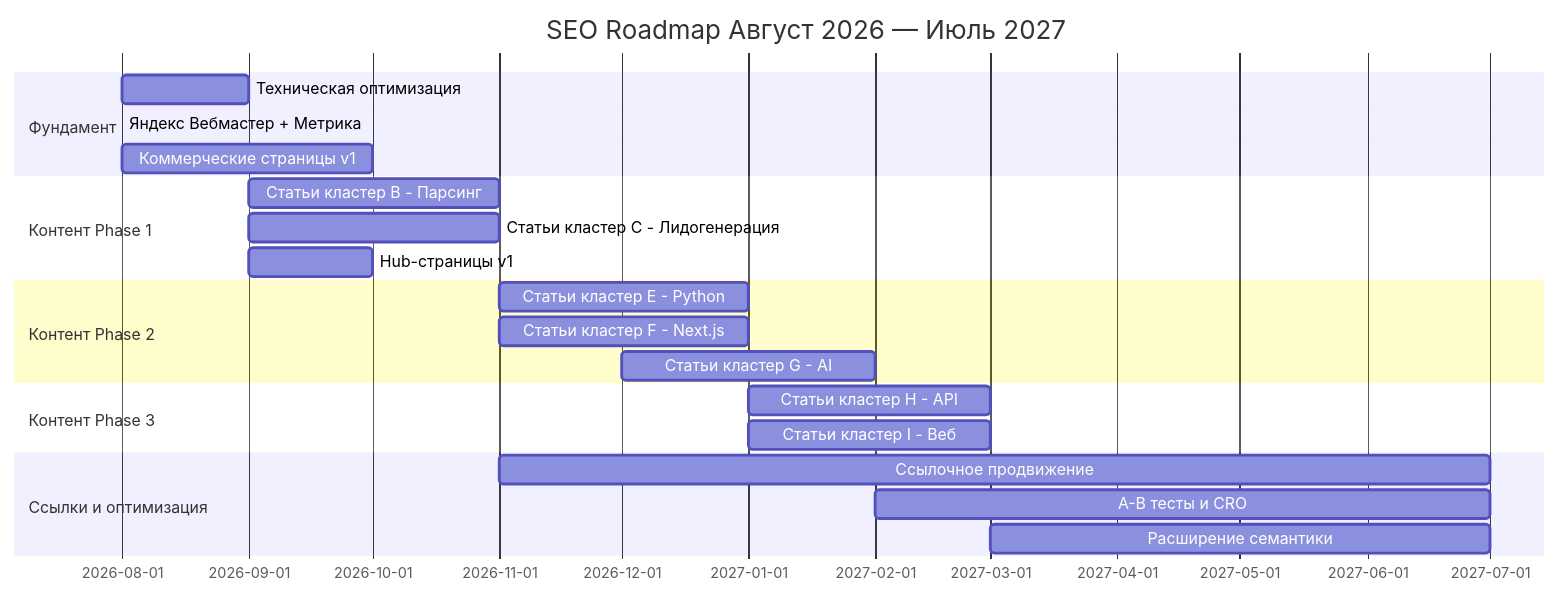
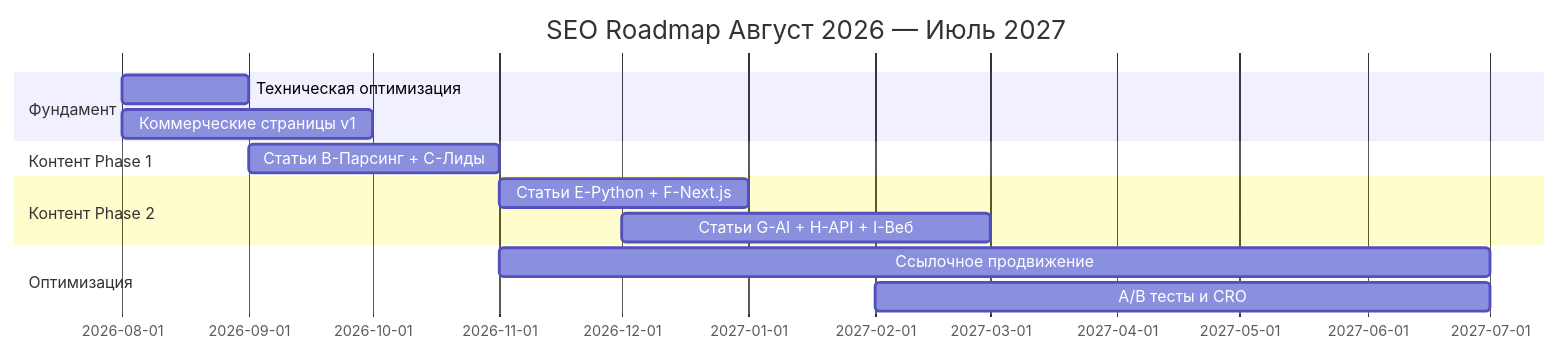
The diagram in PLAN_SEO/04-ROADMAP.md (mao13132/portfolio_next), drawn with Mermaid before and after one commit. The commit also changed other lines of this file and 156 other files, not shown here.

````diff
--- a/PLAN_SEO/04-ROADMAP.md
+++ b/PLAN_SEO/04-ROADMAP.md
@@ -10,24 +9,16 @@
 ```mermaid
 gantt
     title SEO Roadmap Август 2026 — Июль 2027
     dateFormat YYYY-MM
     section Фундамент
     Техническая оптимизация           :2026-08, 2026-09
-    Яндекс Вебмастер + Метрика        :2026-08, 2026-08
     Коммерческие страницы v1          :2026-08, 2026-10
     section Контент Phase 1
-    Статьи кластер B - Парсинг        :2026-09, 2026-11
-    Статьи кластер C - Лидогенерация   :2026-09, 2026-11
-    Hub-страницы v1                   :2026-09, 2026-10
+    Статьи B-Парсинг + C-Лиды         :2026-09, 2026-11
     section Контент Phase 2
-    Статьи кластер E - Python          :2026-11, 2027-01
-    Статьи кластер F - Next.js         :2026-11, 2027-01
-    Статьи кластер G - AI              :2026-12, 2027-02
-    section Контент Phase 3
-    Статьи кластер H - API             :2027-01, 2027-03
-    Статьи кластер I - Веб             :2027-01, 2027-03
-    section Ссылки и оптимизация
+    Статьи E-Python + F-Next.js        :2026-11, 2027-01
+    Статьи G-AI + H-API + I-Веб        :2026-12, 2027-03
+    section Оптимизация
     Ссылочное продвижение              :2026-11, 2027-07
-    A-B тесты и CRO                    :2027-02, 2027-07
-    Расширение семантики               :2027-03, 2027-07
+    A/B тесты и CRO                    :2027-02, 2027-07
 ```
````
